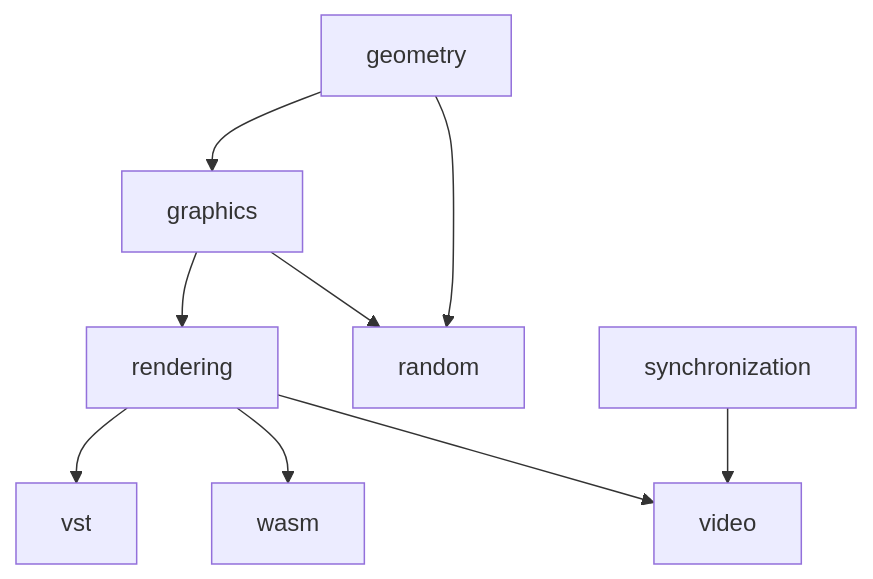
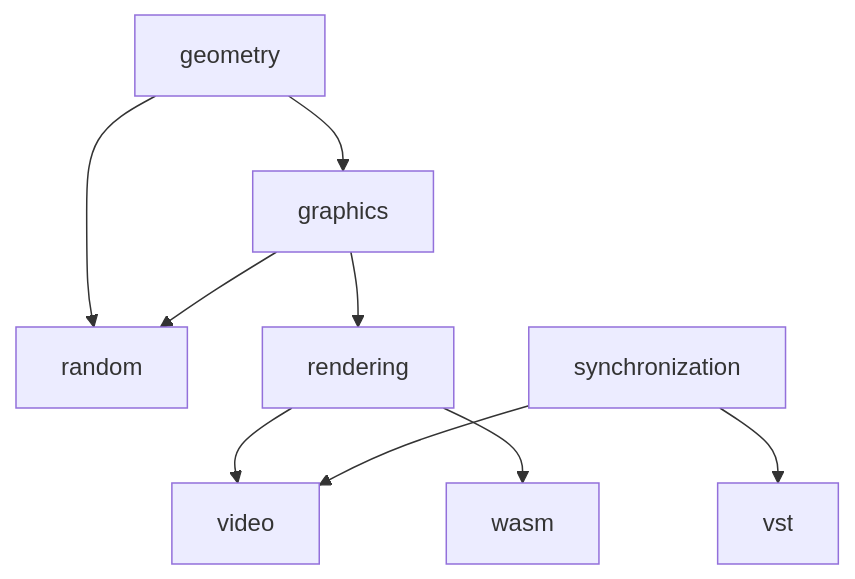
The diagram in src/README.md (gwennlbh/shapemaker), drawn with Mermaid before and after one commit. The commit also changed 3 other files, not shown here.

````diff
--- a/src/README.md
+++ b/src/README.md
@@ -16,11 +16,11 @@
 ```mermaid
 graph TD
     geometry --> random
     graphics --> random
     geometry --> graphics
     graphics --> rendering
     rendering --> video
     synchronization --> video
     rendering --> wasm
-    rendering --> vst
+    synchronization --> vst
 ```
````
